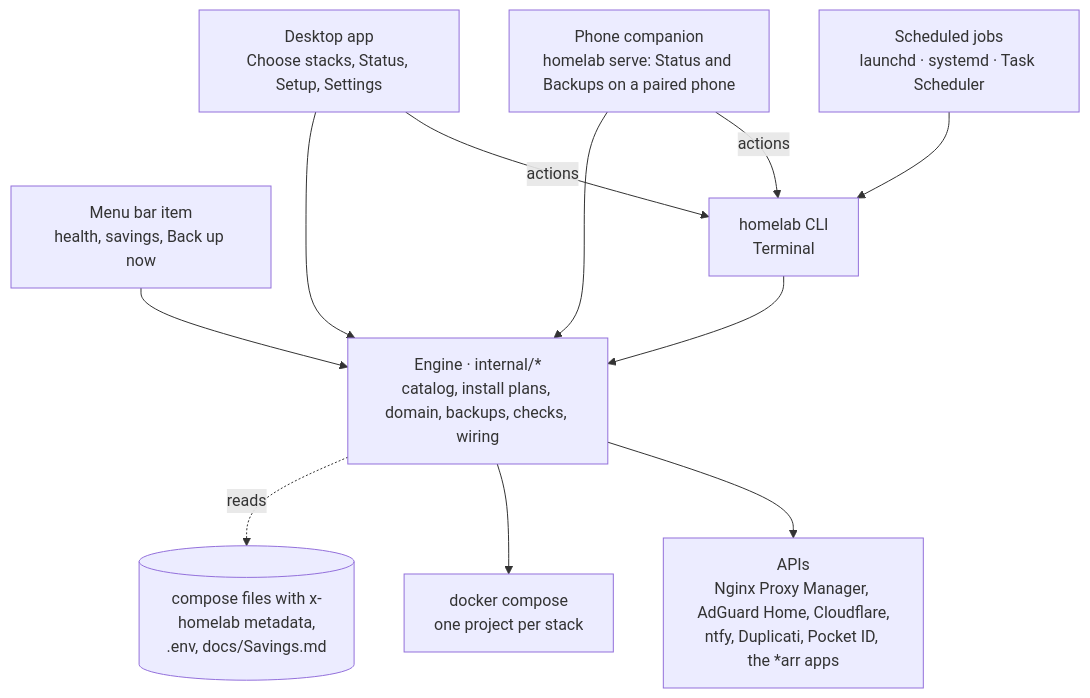
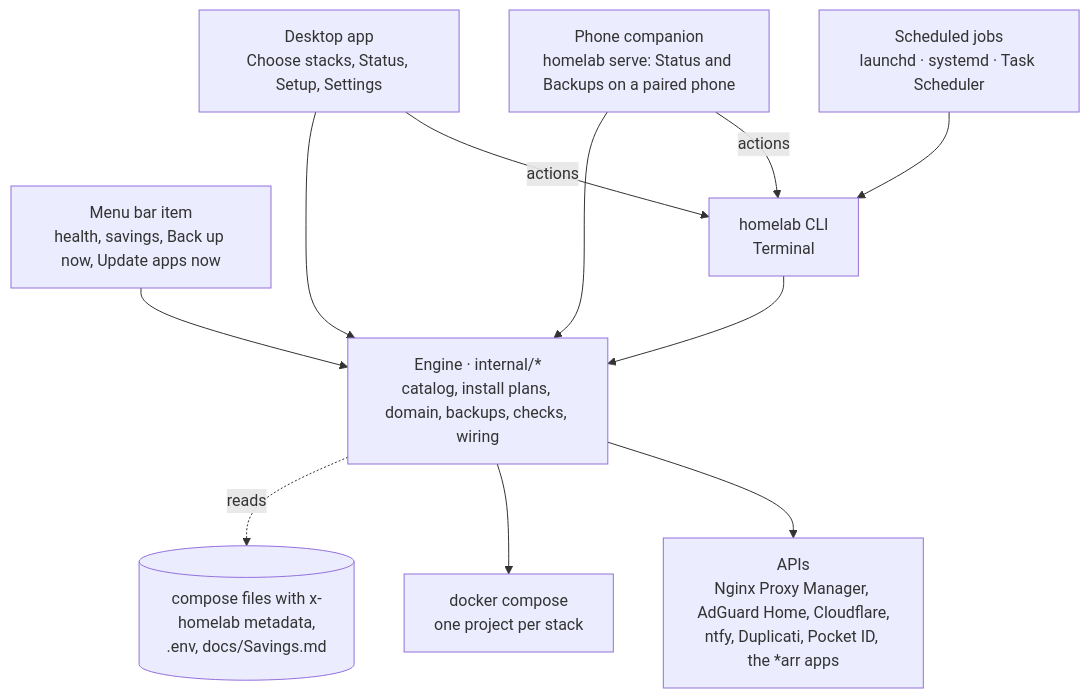
Before and after one commit to Snooper42/homelab-wizard: the second of 2 diagrams in docs/Architecture.md, drawn with Mermaid. The commit also changed 2 other files, not shown here.

Commit message:
Menu bar and tray: Update apps now (#73)

````diff
--- a/docs/Architecture.md
+++ b/docs/Architecture.md
@@ -85,22 +85,22 @@
 ```mermaid
 flowchart TB
   app[Desktop app<br/>Choose stacks, Status, Setup, Settings]
-  tray[Menu bar item<br/>health, savings, Back up now]
+  tray[Menu bar item<br/>health, savings, Back up now, Update apps now]
   phone[Phone companion<br/>homelab serve: Status and Backups on a paired phone]
   cli[homelab CLI<br/>Terminal]
   jobs[Scheduled jobs<br/>launchd · systemd · Task Scheduler]
   engine[Engine · internal/*<br/>catalog, install plans, domain, backups, checks, wiring]
   files[(compose files with x-homelab metadata,<br/>.env, docs/Savings.md)]
   compose[docker compose<br/>one project per stack]
   apis["APIs<br/>Nginx Proxy Manager, AdGuard Home, Cloudflare,<br/>ntfy, Duplicati, Pocket ID, the *arr apps"]
   app --> engine
   phone --> engine
   phone -- "actions" --> cli
   app -- "actions" --> cli
   tray --> engine
   jobs --> cli
   cli --> engine
   engine -. reads .-> files
   engine --> compose
   engine --> apis
 ```
````
